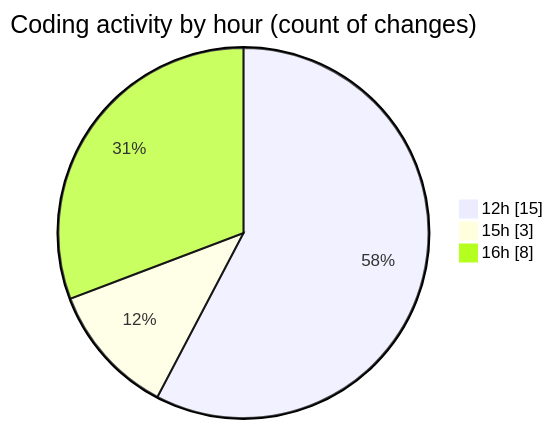
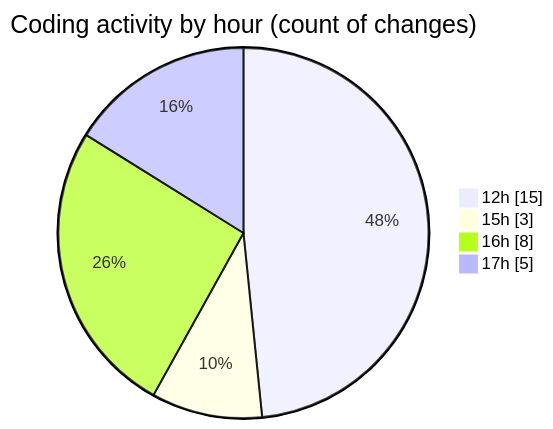
One commit to nxtqubesakshisongat/code-tracking changed the second of 2 diagrams in 2026-03-27/nxtqube_webapp/README.md. Above: the diagram before and after it, drawn with Mermaid. The commit also changed other lines of this file and 1 other file, not shown here.

````diff
--- a/2026-03-27/nxtqube_webapp/README.md
+++ b/2026-03-27/nxtqube_webapp/README.md
@@ -33,7 +34,8 @@
 ```mermaid
 pie showData
 title Coding activity by hour (count of changes)
 "12h" : 15
 "15h" : 3
 "16h" : 8
+"17h" : 5
 ```
````
